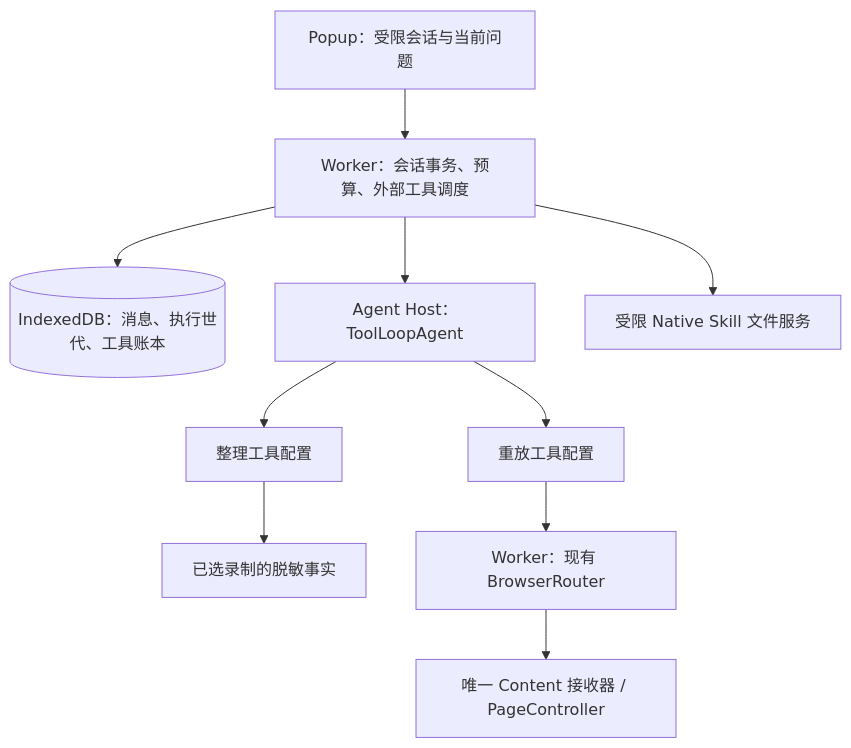
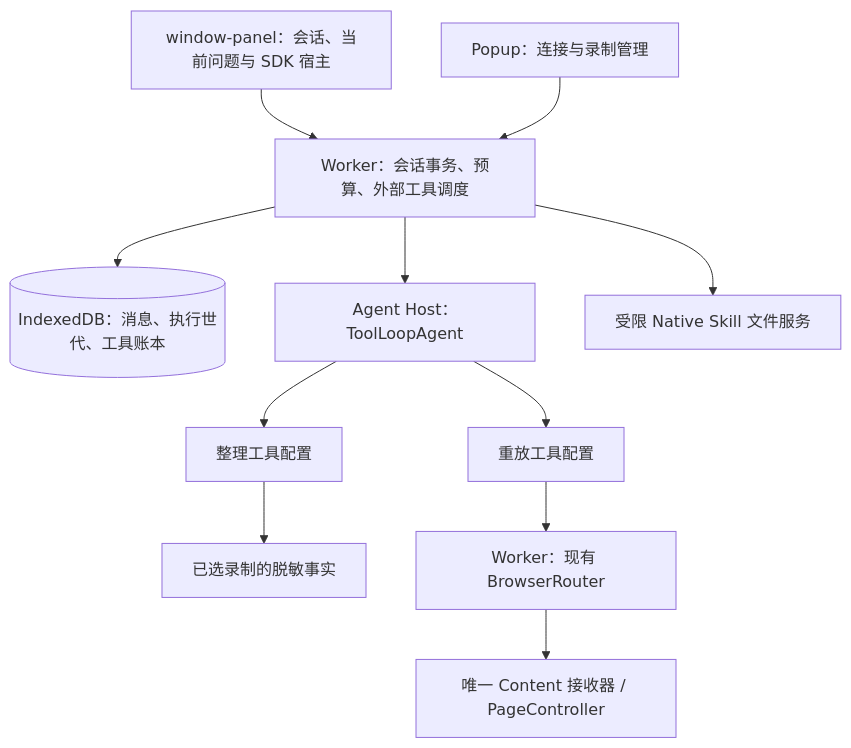
Before and after one commit to nebulaedata/dr-octopus: the diagram in docs/architecture/browser-skill-unified-agent.md, drawn with Mermaid. The commit also changed other lines of this file and 381 other files, not shown here.

First line of the commit message:
feat: enhance browser skills with new choice control schemas and validation

````diff
--- a/docs/architecture/browser-skill-unified-agent.md
+++ b/docs/architecture/browser-skill-unified-agent.md
@@ -17,12 +35,13 @@
 ```mermaid
 flowchart TD
-  Popup[Popup：受限会话与当前问题] --> Worker[Worker：会话事务、预算、外部工具调度]
+  Panel[window-panel：会话、当前问题与 SDK 宿主] --> Worker[Worker：会话事务、预算、外部工具调度]
+  Popup[Popup：连接与录制管理] --> Worker
   Worker --> DB[(IndexedDB：消息、执行世代、工具账本)]
   Worker --> Host[Agent Host：ToolLoopAgent]
   Host --> Organizer[整理工具配置]
   Host --> Runner[重放工具配置]
   Organizer --> Recording[已选录制的脱敏事实]
   Runner --> Router[Worker：现有 BrowserRouter]
   Router --> Controller[唯一 Content 接收器 / PageController]
   Worker --> Files[受限 Native Skill 文件服务]
 ```
````
